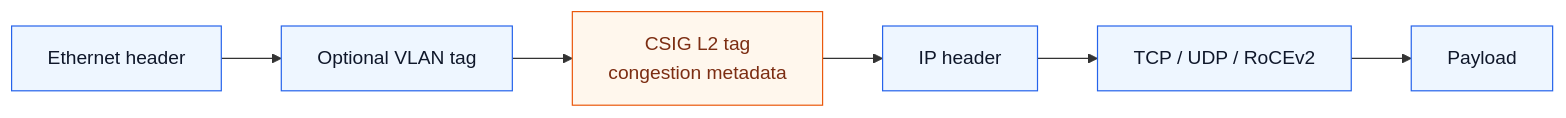
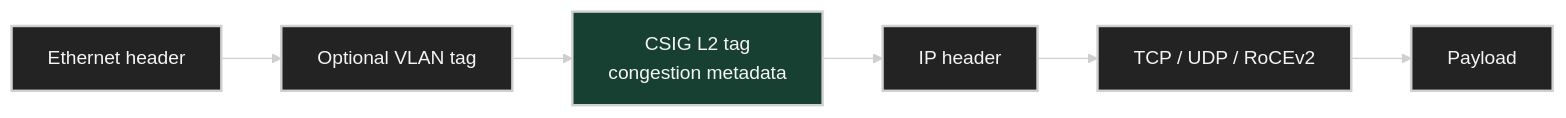
The eighth of 10 diagrams in ai-data-center-network/chap07/README.md (ziwon/ai-data-center-network), drawn with Mermaid before and after one commit. The commit also changed other lines of this file and 35 other files, not shown here.

Commit message:
docs(mermaid): apply dark diagram style

````diff
--- a/ai-data-center-network/chap07/README.md
+++ b/ai-data-center-network/chap07/README.md
@@ -595,14 +602,15 @@
 ```mermaid
+%%{init: {"theme": "base", "themeVariables": {"background": "#171717", "primaryColor": "#232323", "primaryTextColor": "#f5f5f5", "primaryBorderColor": "#d0d0d0", "lineColor": "#cfcfcf", "fontFamily": "Inter, Arial, sans-serif"}}}%%
 flowchart LR
-    classDef field fill:#eef6ff,stroke:#2563eb,color:#0f172a
-    classDef tag fill:#fff7ed,stroke:#ea580c,color:#7c2d12
+    classDef field fill:#232323,stroke:#d0d0d0,color:#f5f5f5,stroke-width:2px;
+    classDef tag fill:#173f32,stroke:#d0d0d0,color:#f5f5f5,stroke-width:2px;
 
     ETH[Ethernet header]:::field
     VLAN[Optional VLAN tag]:::field
     CSIG[CSIG L2 tag<br/>congestion metadata]:::tag
     IP[IP header]:::field
     L4[TCP / UDP / RoCEv2]:::field
     PAY[Payload]:::field
 
     ETH --> VLAN --> CSIG --> IP --> L4 --> PAY
 ```
````
